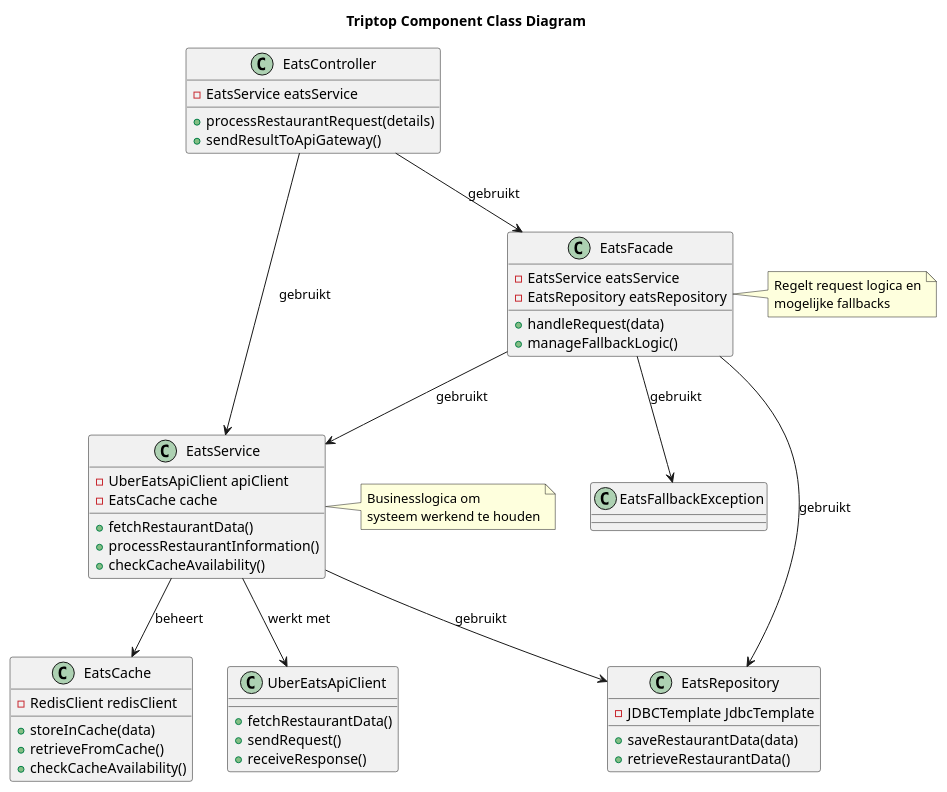
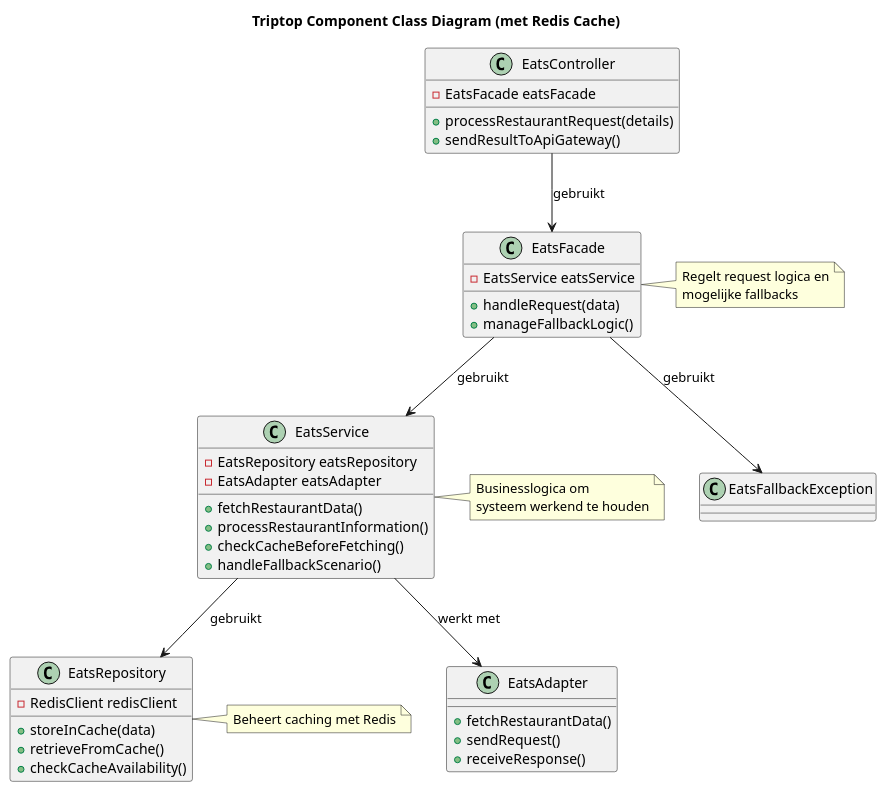
One commit to AIM-ENE-feb25/triptop-beca changed the diagram in voorbereidingen/week2-les3/code-diagram-atakan.puml. Above: the diagram before and after it, drawn with PlantUML. The commit also changed 3 other files, not shown here.

Commit message:
Verbeteringen in diagrammen

```diff
--- a/voorbereidingen/week2-les3/code-diagram-atakan.puml
+++ b/voorbereidingen/week2-les3/code-diagram-atakan.puml
@@ -1,67 +1,62 @@
 @startuml
 
-title Triptop Component Class Diagram
+title Triptop Component Class Diagram (met Redis Cache)
 
 class EatsController {
-  - EatsService eatsService
+  - EatsFacade eatsFacade
   + processRestaurantRequest(details)
   + sendResultToApiGateway()
 }
 
 class EatsFacade {
   - EatsService eatsService
-  - EatsRepository eatsRepository
   + handleRequest(data)
   + manageFallbackLogic()
 }
 
 class EatsService {
-  - UberEatsApiClient apiClient
-  - EatsCache cache
+  - EatsRepository eatsRepository
+  - EatsAdapter eatsAdapter
   + fetchRestaurantData()
   + processRestaurantInformation()
-  + checkCacheAvailability()
+  + checkCacheBeforeFetching()
+  + handleFallbackScenario()
 }
 
 class EatsRepository {
-  - JDBCTemplate JdbcTemplate
-  + saveRestaurantData(data)
-  + retrieveRestaurantData()
-}
-
-class EatsCache {
   - RedisClient redisClient
   + storeInCache(data)
   + retrieveFromCache()
   + checkCacheAvailability()
 }
 
-class UberEatsApiClient {
+class EatsAdapter {
   + fetchRestaurantData()
   + sendRequest()
   + receiveResponse()
 }
 
 class EatsFallbackException {
-
 }
 
-EatsController --> EatsService : gebruikt
 EatsController --> EatsFacade : gebruikt
 EatsFacade --> EatsService : gebruikt
-EatsFacade --> EatsRepository : gebruikt
 EatsFacade --> EatsFallbackException : gebruikt
-EatsService --> EatsCache : beheert
-EatsService --> UberEatsApiClient : werkt met
 EatsService --> EatsRepository : gebruikt
+EatsService --> EatsAdapter : werkt met
 
 note right of EatsFacade
  Regelt request logica en
  mogelijke fallbacks
 end note
 
 note right of EatsService
   Businesslogica om
   systeem werkend te houden
 end note
+
+note right of EatsRepository
+ Beheert caching met Redis
+end note
+
 @enduml
```
